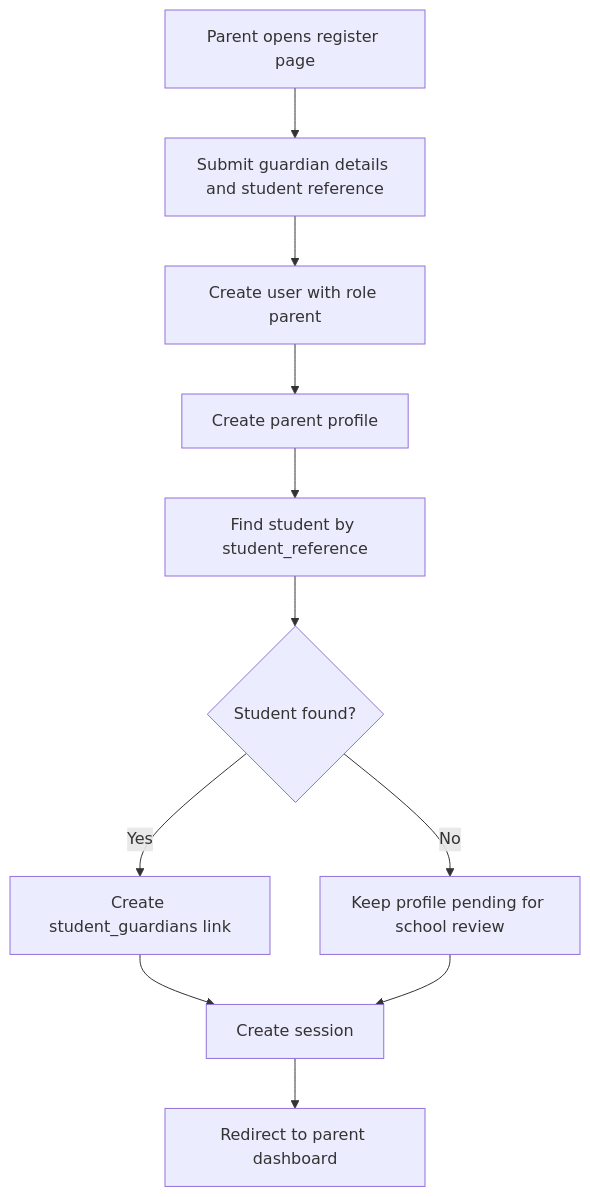
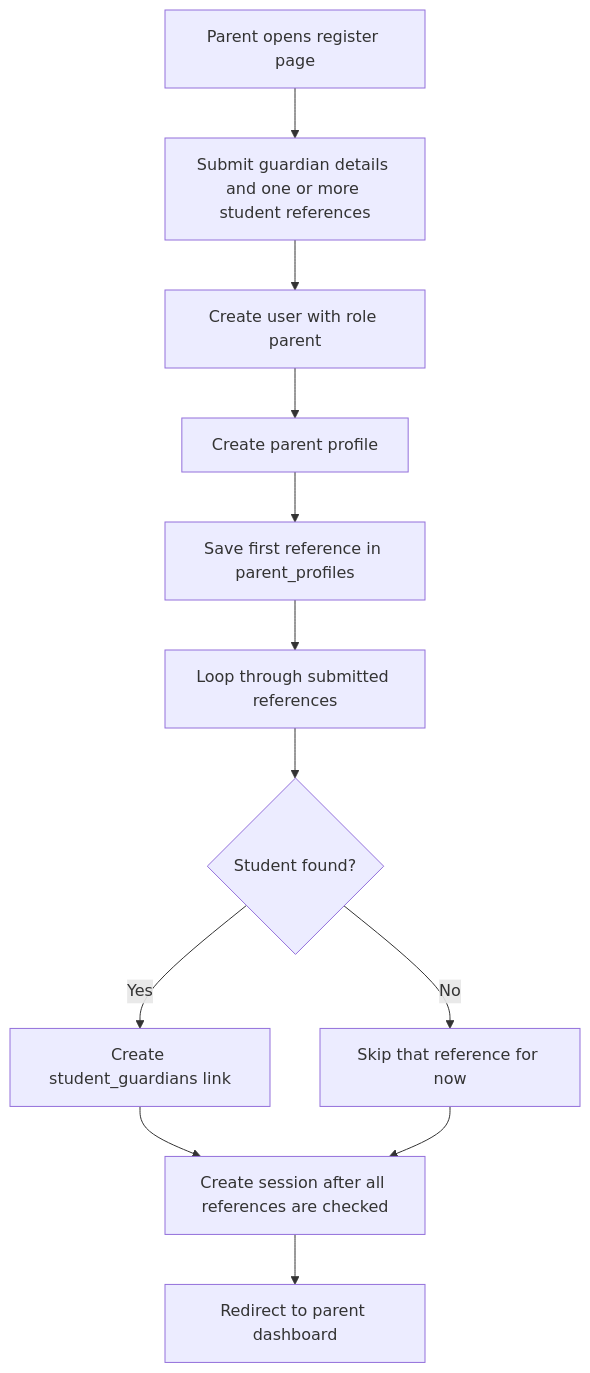
One commit to Xeyn19/xmetapay changed the fifth of 7 diagrams in docs/DATABASE_SCHEMA_PLAN.md. Above: the diagram before and after it, drawn with Mermaid. The commit also changed other lines of this file and 18 other files, not shown here.

````diff
--- a/docs/DATABASE_SCHEMA_PLAN.md
+++ b/docs/DATABASE_SCHEMA_PLAN.md
@@ -703,13 +703,14 @@
 ```mermaid
 flowchart TD
-  A["Parent opens register page"] --> B["Submit guardian details and student reference"]
+  A["Parent opens register page"] --> B["Submit guardian details and one or more student references"]
   B --> C["Create user with role parent"]
   C --> D["Create parent profile"]
-  D --> E["Find student by student_reference"]
-  E --> F{"Student found?"}
-  F -->|Yes| G["Create student_guardians link"]
-  F -->|No| H["Keep profile pending for school review"]
-  G --> I["Create session"]
-  H --> I
-  I --> J["Redirect to parent dashboard"]
+  D --> E["Save first reference in parent_profiles"]
+  E --> F["Loop through submitted references"]
+  F --> G{"Student found?"}
+  G -->|Yes| H["Create student_guardians link"]
+  G -->|No| I["Skip that reference for now"]
+  H --> J["Create session after all references are checked"]
+  I --> J
+  J --> K["Redirect to parent dashboard"]
 ```
````
